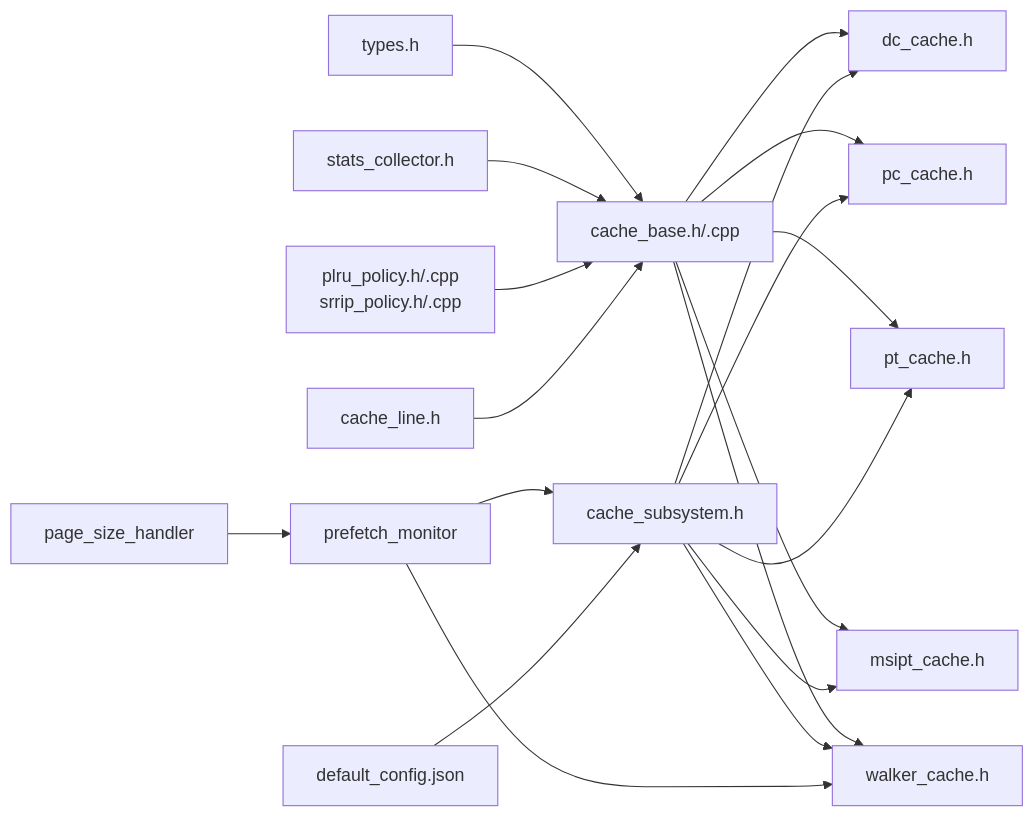
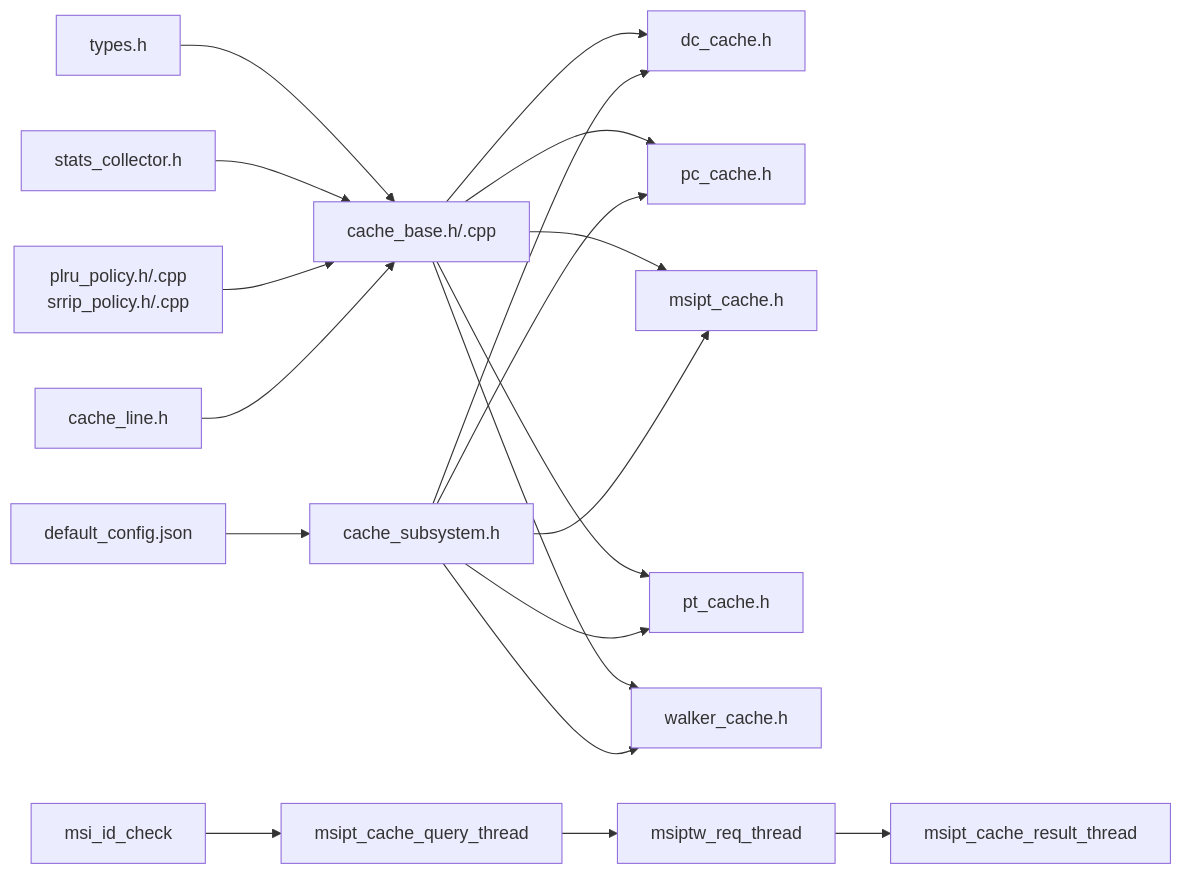
Diagram 12 of 12 in .qoder/repowiki/zh/content/缓存系统/缓存系统.md (jiangjiang1122/iommu_model_20260401_v1), drawn with Mermaid before and after one commit. The commit also changed other lines of this file and 159 other files, not shown here.

Commit message:
chore: 更新知识库文档 + 新增PTW并发分析图表与数据文件

````diff
--- a/.qoder/repowiki/zh/content/缓存系统/缓存系统.md
+++ b/.qoder/repowiki/zh/content/缓存系统/缓存系统.md
@@ -518,21 +591,21 @@
 ```mermaid
 graph LR
 Types["types.h"] --> Base["cache_base.h/.cpp"]
 Stats["stats_collector.h"] --> Base
 REPL["plru_policy.h/.cpp<br/>srrip_policy.h/.cpp"] --> Base
 Line["cache_line.h"] --> Base
 Base --> DC["dc_cache.h"]
 Base --> PC["pc_cache.h"]
+Base --> MSIPT["msipt_cache.h"]
 Base --> PT["pt_cache.h"]
-Base --> MSI["msipt_cache.h"]
 Base --> WC["walker_cache.h"]
 CS["cache_subsystem.h"] --> DC
 CS --> PC
+CS --> MSIPT
 CS --> PT
-CS --> MSI
 CS --> WC
-PM["prefetch_monitor"] --> CS
-PM --> WC
-PG["page_size_handler"] --> PM
+MSID["msi_id_check"] --> MSIQ["msipt_cache_query_thread"]
+MSIQ --> MSIW["msiptw_req_thread"]
+MSIW --> MSIR["msipt_cache_result_thread"]
 CFG["default_config.json"] --> CS
 ```
````
